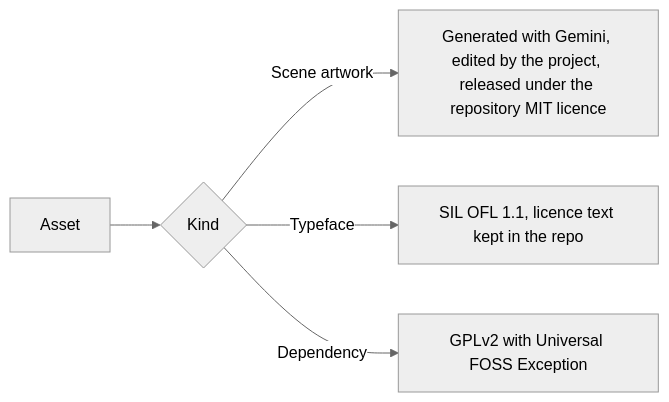
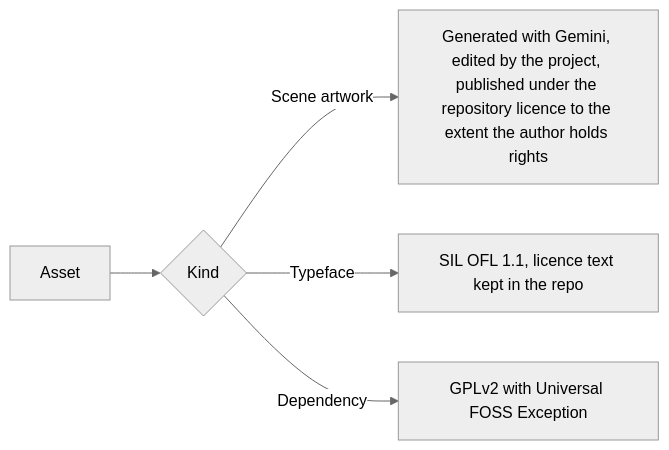
The diagram in docs/ASSETS-LICENSES.md (kfeuerschvenger/programmingrequests), drawn with Mermaid (neutral theme) before and after one commit. The commit also changed other lines of this file and 26 other files, not shown here.

````diff
--- a/docs/ASSETS-LICENSES.md
+++ b/docs/ASSETS-LICENSES.md
@@ -5,7 +5,7 @@
 ```mermaid
 flowchart LR
     A[Asset] --> B{Kind}
-    B -->|Scene artwork| C[Generated with Gemini, edited by the project, released under the repository MIT licence]
+    B -->|Scene artwork| C[Generated with Gemini, edited by the project, published under the repository licence to the extent the author holds rights]
     B -->|Typeface| D[SIL OFL 1.1, licence text kept in the repo]
     B -->|Dependency| E[GPLv2 with Universal FOSS Exception]
 ```
````
